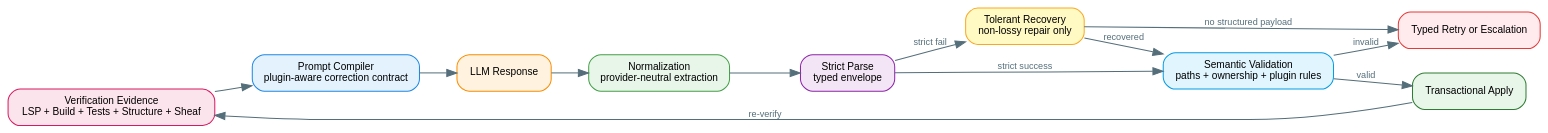
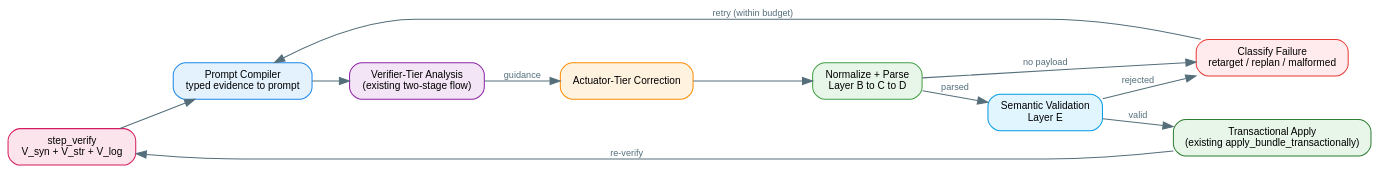
Before and after one commit to eonseed/perspt: the diagram in docs/psps/source/psp-000007.rst, drawn with Graphviz. The commit also changed other lines of this file, not shown here.

Commit message:
Revised PSP after codebase review and existing features.

```diff
--- a/docs/psps/source/psp-000007.rst
+++ b/docs/psps/source/psp-000007.rst
@@ -311,32 +239,30 @@
 .. graphviz::
    :caption: PSP 7 Correction Barrier Pipeline
    :align: center
 
    digraph psp7_barrier {
      rankdir=LR;
      bgcolor="transparent";
      node [shape=box, style="rounded,filled", fontname="Arial", fontsize=10, margin="0.18,0.1"];
      edge [fontname="Arial", fontsize=9, color="#546E7A", fontcolor="#546E7A"];
 
-     verify [label="Verification Evidence\nLSP + Build + Tests + Structure + Sheaf", fillcolor="#FCE4EC", color="#D81B60"];
-     prompt [label="Prompt Compiler\nplugin-aware correction contract", fillcolor="#E3F2FD", color="#1E88E5"];
-     llm [label="LLM Response", fillcolor="#FFF3E0", color="#FB8C00"];
-     normalize [label="Normalization\nprovider-neutral extraction", fillcolor="#E8F5E9", color="#43A047"];
-     parse [label="Strict Parse\ntyped envelope", fillcolor="#F3E5F5", color="#8E24AA"];
-     recover [label="Tolerant Recovery\nnon-lossy repair only", fillcolor="#FFF9C4", color="#F9A825"];
-     validate [label="Semantic Validation\npaths + ownership + plugin rules", fillcolor="#E1F5FE", color="#039BE5"];
-     apply [label="Transactional Apply", fillcolor="#E8F5E9", color="#2E7D32"];
-     escalate [label="Typed Retry or Escalation", fillcolor="#FFEBEE", color="#E53935"];
+     verify [label="step_verify\nV_syn + V_str + V_log", fillcolor="#FCE4EC", color="#D81B60"];
+     prompt [label="Prompt Compiler\ntyped evidence to prompt", fillcolor="#E3F2FD", color="#1E88E5"];
+     verifier_llm [label="Verifier-Tier Analysis\n(existing two-stage flow)", fillcolor="#F3E5F5", color="#8E24AA"];
+     actuator_llm [label="Actuator-Tier Correction", fillcolor="#FFF3E0", color="#FB8C00"];
+     normalize [label="Normalize + Parse\nLayer B to C to D", fillcolor="#E8F5E9", color="#43A047"];
+     validate [label="Semantic Validation\nLayer E", fillcolor="#E1F5FE", color="#039BE5"];
+     apply [label="Transactional Apply\n(existing apply_bundle_transactionally)", fillcolor="#E8F5E9", color="#2E7D32"];
+     classify [label="Classify Failure\nretarget / replan / malformed", fillcolor="#FFEBEE", color="#E53935"];
 
      verify -> prompt;
-     prompt -> llm;
-     llm -> normalize;
-     normalize -> parse;
-     parse -> validate [label="strict success"];
-     parse -> recover [label="strict fail"];
-     recover -> validate [label="recovered"];
-     recover -> escalate [label="no structured payload"];
+     prompt -> verifier_llm;
+     verifier_llm -> actuator_llm [label="guidance"];
+     actuator_llm -> normalize;
+     normalize -> validate [label="parsed"];
+     normalize -> classify [label="no payload"];
      validate -> apply [label="valid"];
-     validate -> escalate [label="invalid"];
+     validate -> classify [label="rejected"];
      apply -> verify [label="re-verify"];
+     classify -> prompt [label="retry (within budget)"];
    }
```
